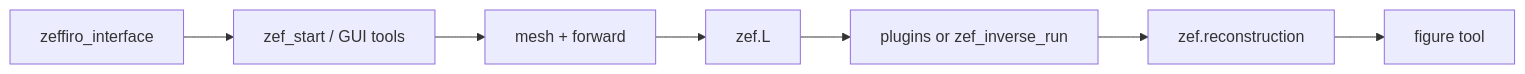
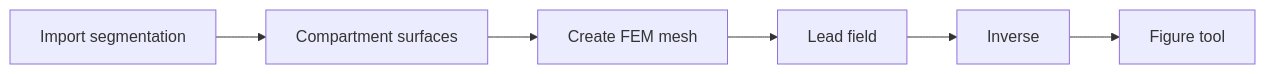
Before and after one commit to arash79/Zeffiro-Interface: the diagram in README.md, drawn with Mermaid. The commit also changed other lines of this file and 1513 other files, not shown here.

````diff
--- a/README.md
+++ b/README.md
@@ -44,9 +65,8 @@
 ```mermaid
 flowchart LR
-  ZI[zeffiro_interface] --> ST[zef_start / GUI tools]
-  ST --> MESH[mesh + forward]
-  MESH --> L[zef.L]
-  L --> INV[plugins or zef_inverse_run]
-  INV --> REC[zef.reconstruction]
-  REC --> FIG[figure tool]
+  IMP[Import segmentation] --> SURF[Compartment surfaces]
+  SURF --> MESH[Create FEM mesh]
+  MESH --> LF[Lead field]
+  LF --> INV[Inverse]
+  INV --> VIZ[Figure tool]
 ```
````
